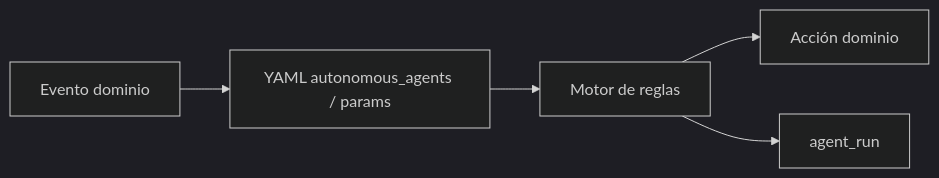
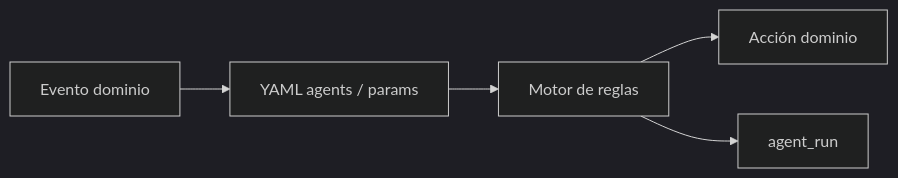
One commit to luischanferoni/bioenlace changed the diagram in web/docs/producto/agentes-autonomos.md. Above: the diagram before and after it, drawn with Mermaid (dark theme). The commit also changed other lines of this file and 76 other files, not shown here.

````diff
--- a/web/docs/producto/agentes-autonomos.md
+++ b/web/docs/producto/agentes-autonomos.md
@@ -11,11 +11,11 @@
 ```mermaid
 flowchart LR
   EV[Evento dominio]
-  POL[YAML autonomous_agents / params]
+  POL[YAML agents / params]
   ENG[Motor de reglas]
   ACT[Acción dominio]
   AUD[agent_run]
   EV --> POL --> ENG
   ENG --> ACT
   ENG --> AUD
 ```
````
